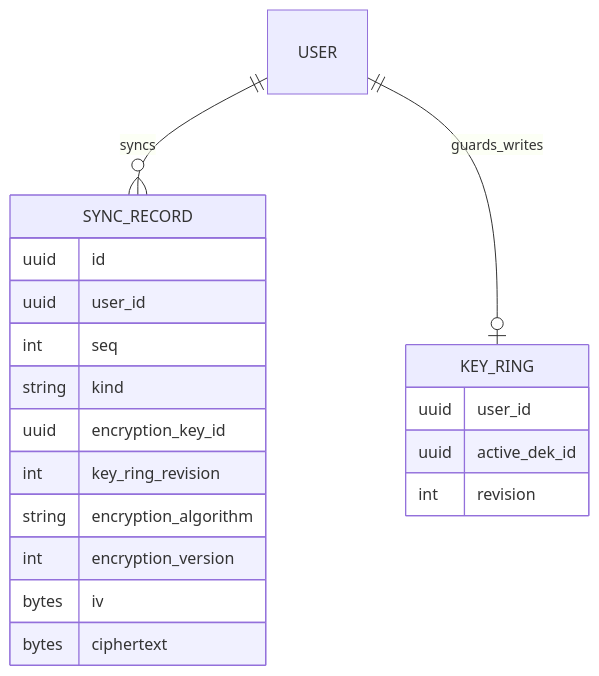
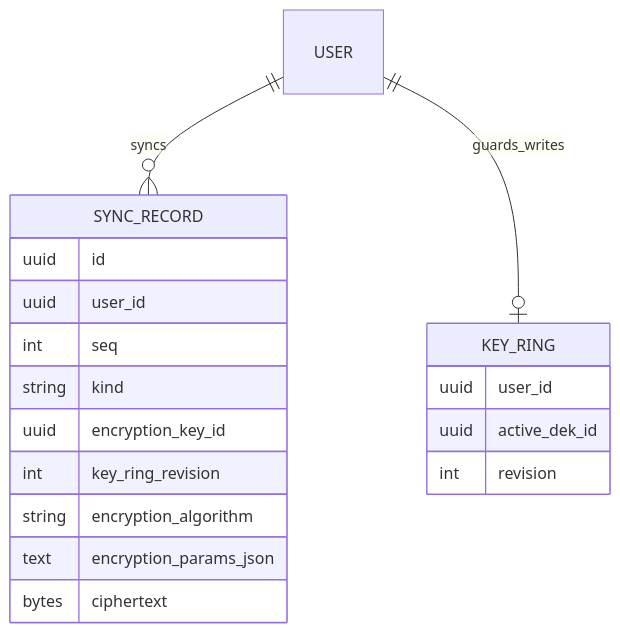
One commit to balakin/autokpo changed the first of 7 diagrams in apps/app/docs/sync.md. Above: the diagram before and after it, drawn with Mermaid. The commit also changed other lines of this file and 33 other files, not shown here.

Commit message:
feat: unify encryption params

````diff
--- a/apps/app/docs/sync.md
+++ b/apps/app/docs/sync.md
@@ -19,24 +19,23 @@
 ```mermaid
 erDiagram
   USER ||--o{ SYNC_RECORD : syncs
   USER ||--o| KEY_RING : guards_writes
 
   SYNC_RECORD {
     uuid id
     uuid user_id
     int seq
     string kind
     uuid encryption_key_id
     int key_ring_revision
     string encryption_algorithm
-    int encryption_version
-    bytes iv
+    text encryption_params_json
     bytes ciphertext
   }
 
   KEY_RING {
     uuid user_id
     uuid active_dek_id
     int revision
   }
 ```
````
